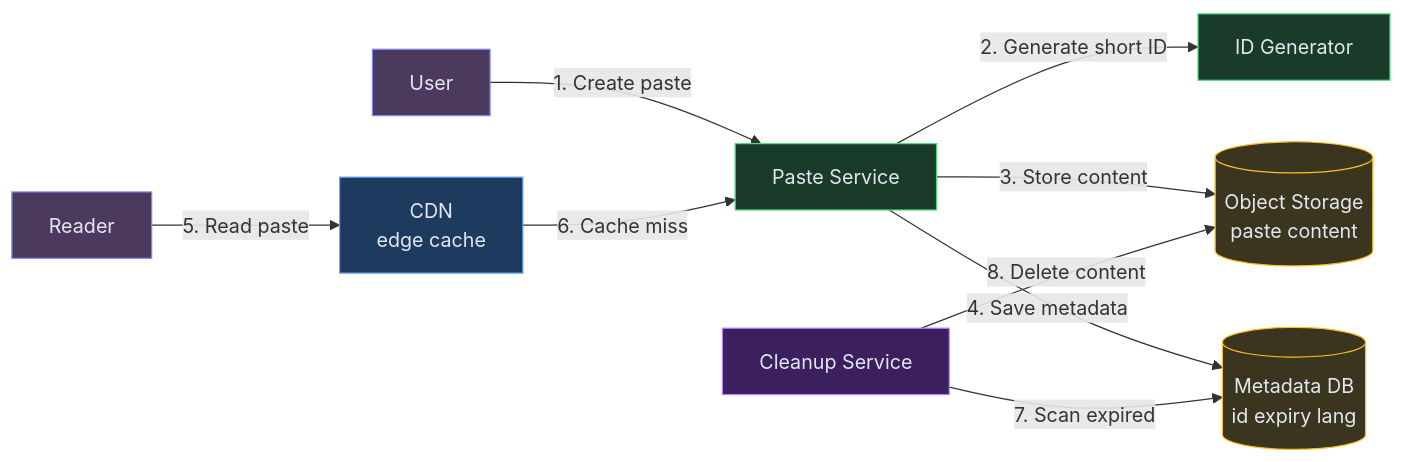
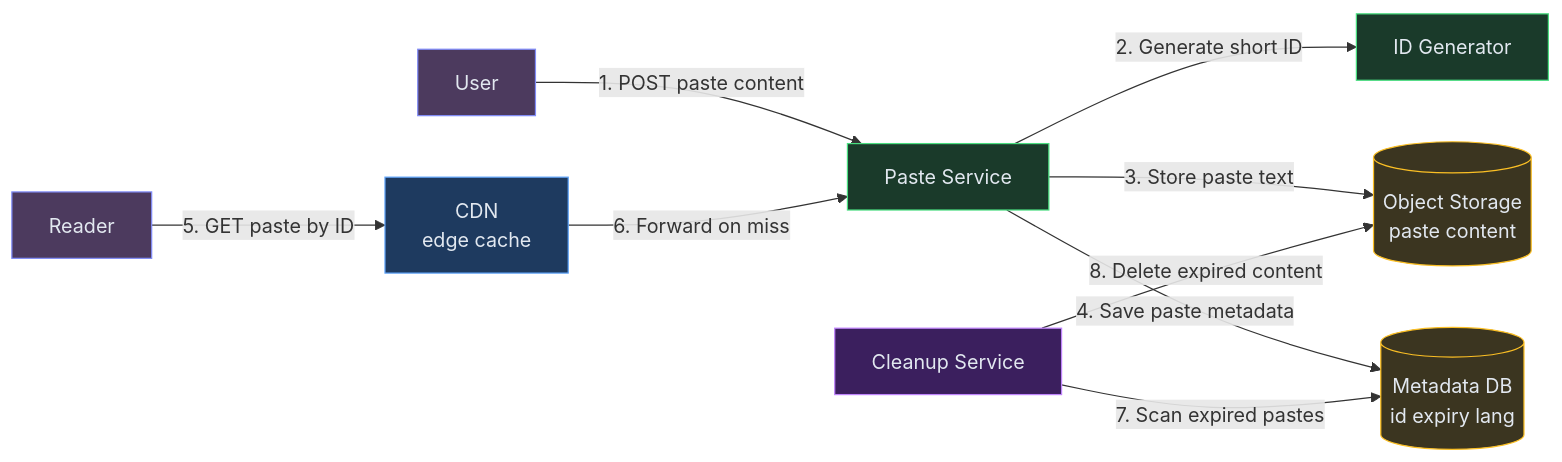
The seventh of 7 diagrams in content/hld/Pastebin.md (iluzn/HLD-Designs), drawn with Mermaid before and after one commit. The commit also changed other lines of this file and 27 other files, not shown here.

````diff
--- a/content/hld/Pastebin.md
+++ b/content/hld/Pastebin.md
@@ -398,26 +398,26 @@
 ```mermaid
 flowchart LR
     USER["User"]:::client
     CDN["CDN<br/>edge cache"]:::edge
     API["Paste Service"]:::service
     ID["ID Generator"]:::service
     S3[("Object Storage<br/>paste content")]:::data
     META[("Metadata DB<br/>id expiry lang")]:::data
     CLEANUP["Cleanup Service"]:::async
     READER["Reader"]:::client
 
-    USER -->|"1. Create paste"| API
+    USER -->|"1. POST paste content"| API
     API -->|"2. Generate short ID"| ID
-    API -->|"3. Store content"| S3
-    API -->|"4. Save metadata"| META
-    READER -->|"5. Read paste"| CDN
-    CDN -->|"6. Cache miss"| API
-    CLEANUP -->|"7. Scan expired"| META
-    CLEANUP -->|"8. Delete content"| S3
+    API -->|"3. Store paste text"| S3
+    API -->|"4. Save paste metadata"| META
+    READER -->|"5. GET paste by ID"| CDN
+    CDN -->|"6. Forward on miss"| API
+    CLEANUP -->|"7. Scan expired pastes"| META
+    CLEANUP -->|"8. Delete expired content"| S3
 
     classDef client fill:#4c3a5e,stroke:#818cf8,color:#e2e8f0
     classDef edge fill:#1e3a5f,stroke:#60a5fa,color:#e2e8f0
     classDef service fill:#1a3a2a,stroke:#4ade80,color:#e2e8f0
     classDef async fill:#3b1f5e,stroke:#c084fc,color:#e2e8f0
     classDef data fill:#3b3520,stroke:#fbbf24,color:#e2e8f0
 ```
````
